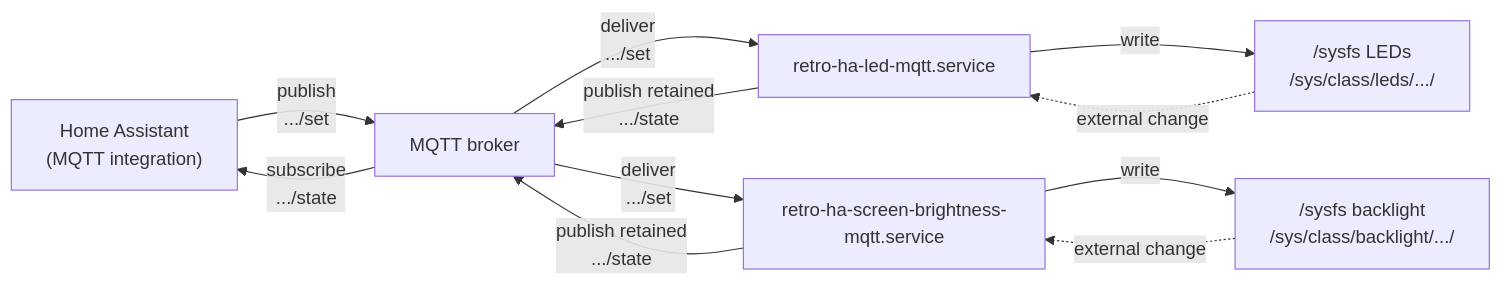
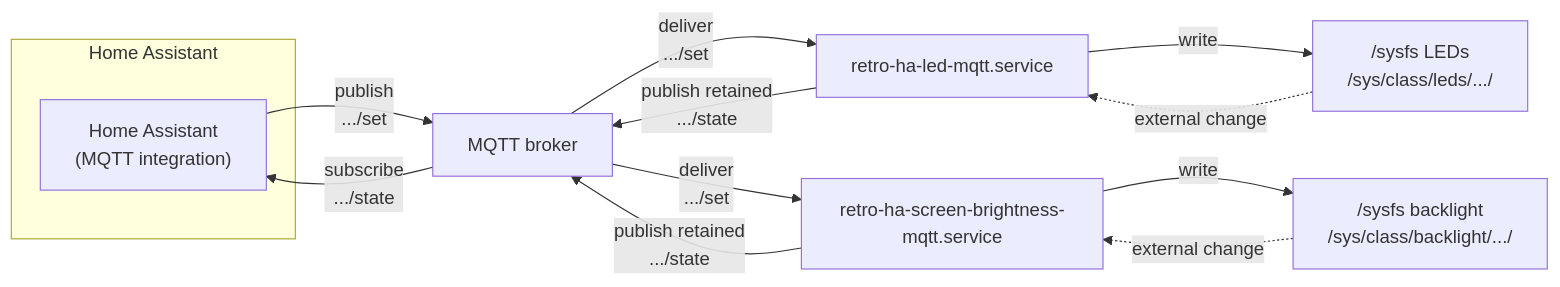
Before and after one commit to theaussiepom/kiosk-retropie: the third of 3 diagrams in README.md, drawn with Mermaid. The commit also changed 1 other file, not shown here.

Commit message:
docs+ci: tweak mermaid + workflow text

````diff
--- a/README.md
+++ b/README.md
@@ -295,25 +295,27 @@
 ```mermaid
 flowchart LR
-  HA["Home Assistant<br/>(MQTT integration)"]
+  subgraph HA_BOX[Home Assistant]
+    HA["Home Assistant<br/>(MQTT integration)"]
+  end
   BROKER[MQTT broker]
 
   LEDSVC[retro-ha-led-mqtt.service]
   BRISVC[retro-ha-screen-brightness-mqtt.service]
 
   SYSLED["/sysfs LEDs<br/>/sys/class/leds/.../"]
   SYSBL["/sysfs backlight<br/>/sys/class/backlight/.../"]
 
   HA -->|"publish<br/>.../set"| BROKER
   BROKER -->|"deliver<br/>.../set"| LEDSVC
   BROKER -->|"deliver<br/>.../set"| BRISVC
 
   LEDSVC -->|write| SYSLED
   BRISVC -->|write| SYSBL
 
   LEDSVC -->|"publish retained<br/>.../state"| BROKER
   BRISVC -->|"publish retained<br/>.../state"| BROKER
   BROKER -->|"subscribe<br/>.../state"| HA
 
   SYSLED -. external change .-> LEDSVC
   SYSBL -. external change .-> BRISVC
 ```
````
